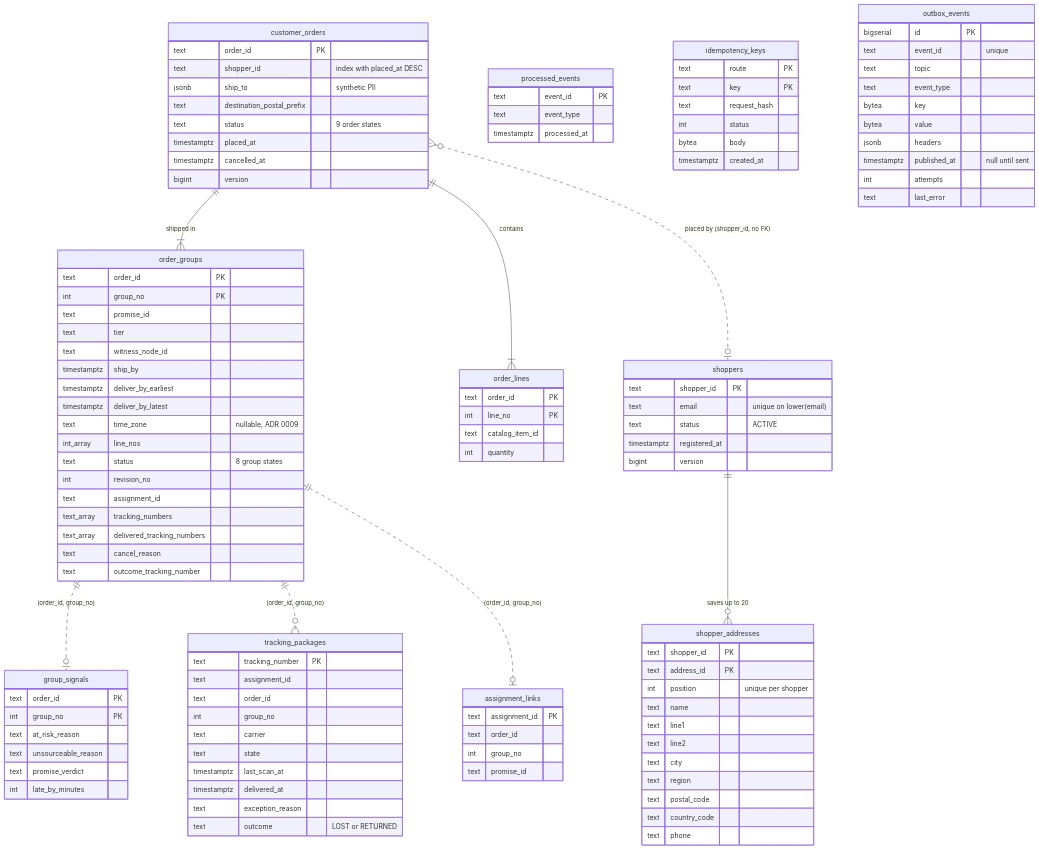
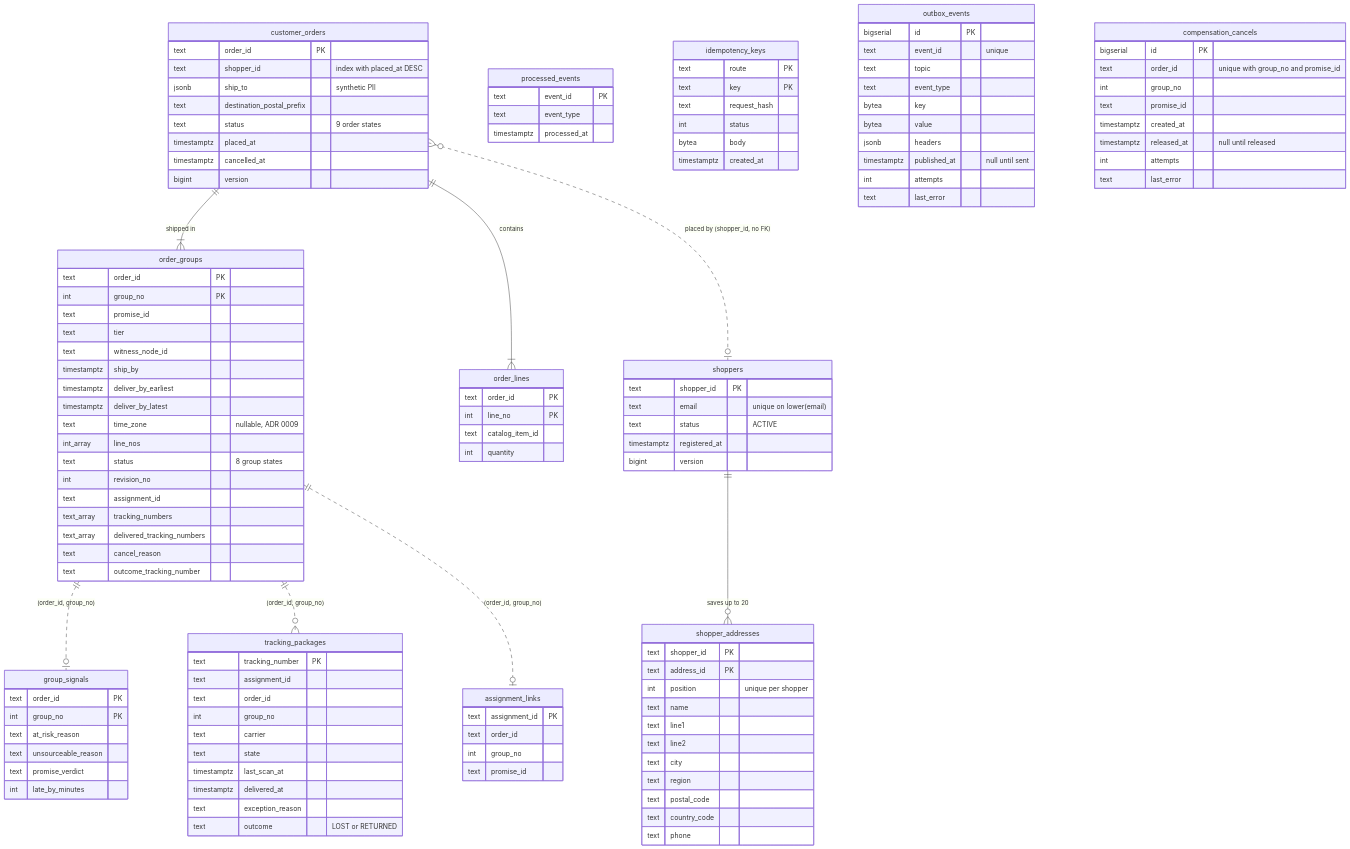
The diagram in docs/docs/ddd/entity-relationship.md (IQVO/customer-ordering), drawn with Mermaid before and after one commit. The commit also changed other lines of this file and 10 other files, not shown here.

Commit message:
docs: payments/returns edge truth, compensation worker env vars and compensation_cancels table, migration 0005

````diff
--- a/docs/docs/ddd/entity-relationship.md
+++ b/docs/docs/ddd/entity-relationship.md
@@ -130,4 +130,14 @@
     int attempts
     text last_error
   }
+  compensation_cancels {
+    bigserial id PK
+    text order_id "unique with group_no and promise_id"
+    int group_no
+    text promise_id
+    timestamptz created_at
+    timestamptz released_at "null until released"
+    int attempts
+    text last_error
+  }
 ```
````
